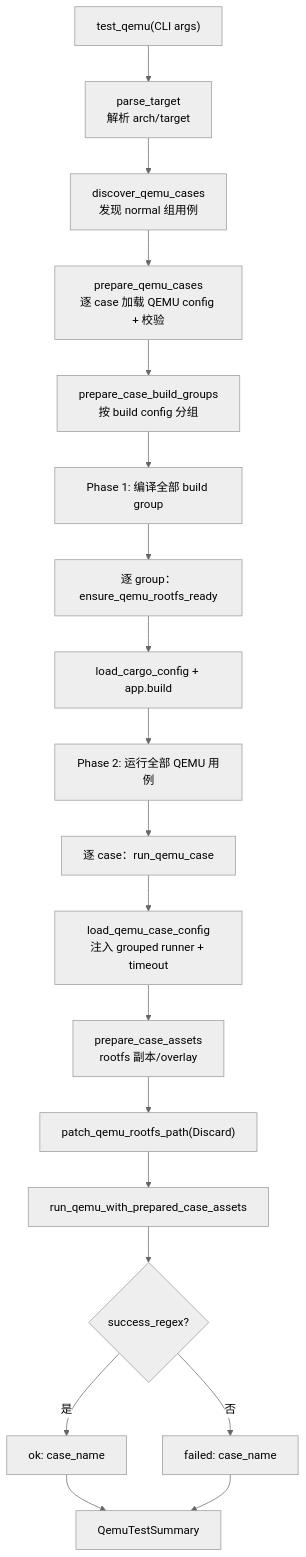
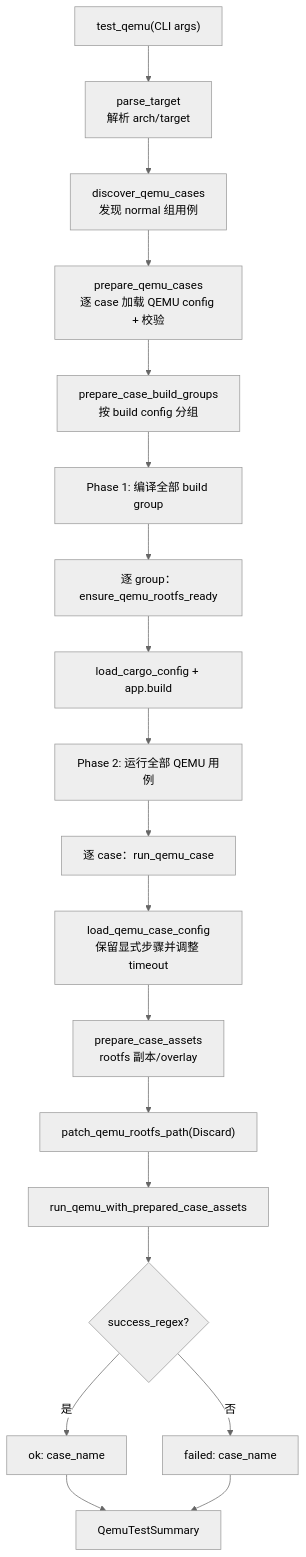
The first of 2 diagrams in docs/docs/build/axvisor/test.md (rcore-os/tgoskits), drawn with Mermaid (neutral theme) before and after one commit. The commit also changed other lines of this file and 695 other files, not shown here.

````diff
--- a/docs/docs/build/axvisor/test.md
+++ b/docs/docs/build/axvisor/test.md
@@ -49,21 +49,21 @@
 ```mermaid
 flowchart TD
     A["test_qemu(CLI args)"] --> B["parse_target<br/>解析 arch/target"]
     B --> C["discover_qemu_cases<br/>发现 normal 组用例"]
     C --> D["prepare_qemu_cases<br/>逐 case 加载 QEMU config + 校验"]
     D --> E["prepare_case_build_groups<br/>按 build config 分组"]
     E --> F["Phase 1: 编译全部 build group"]
     F --> F1["逐 group：ensure_qemu_rootfs_ready"]
     F1 --> F2["load_cargo_config + app.build"]
     F2 --> G["Phase 2: 运行全部 QEMU 用例"]
     G --> H["逐 case：run_qemu_case"]
-    H --> I["load_qemu_case_config<br/>注入 grouped runner + timeout"]
+    H --> I["load_qemu_case_config<br/>保留显式步骤并调整 timeout"]
     I --> J["prepare_case_assets<br/>rootfs 副本/overlay"]
     J --> K["patch_qemu_rootfs_path(Discard)"]
     K --> L["run_qemu_with_prepared_case_assets"]
     L --> M{"success_regex?"}
     M -->|是| N["ok: case_name"]
     M -->|否| O["failed: case_name"]
     N --> P["QemuTestSummary"]
     O --> P
 ```
````
